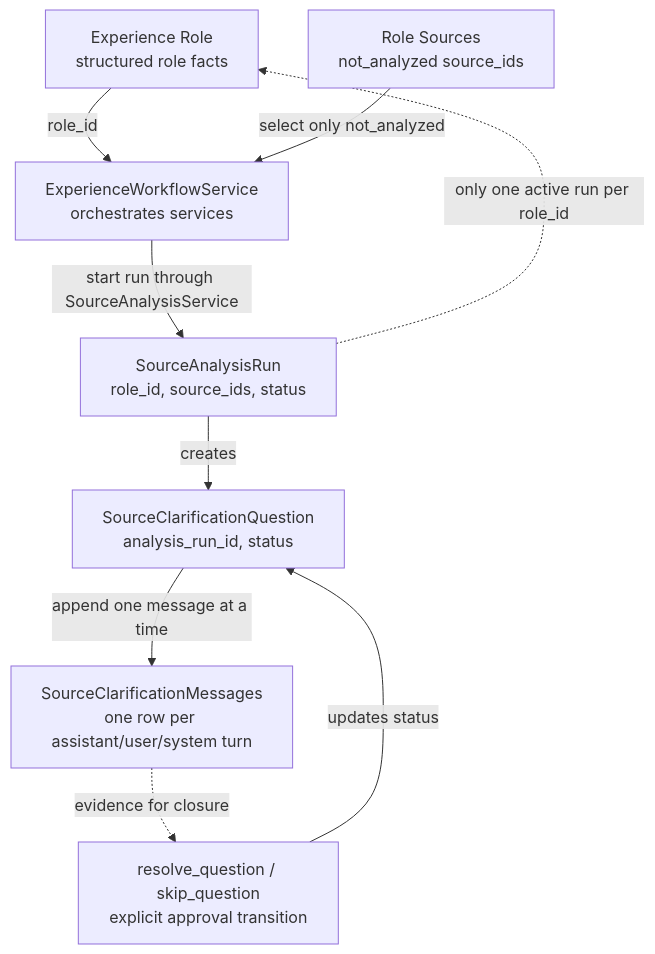
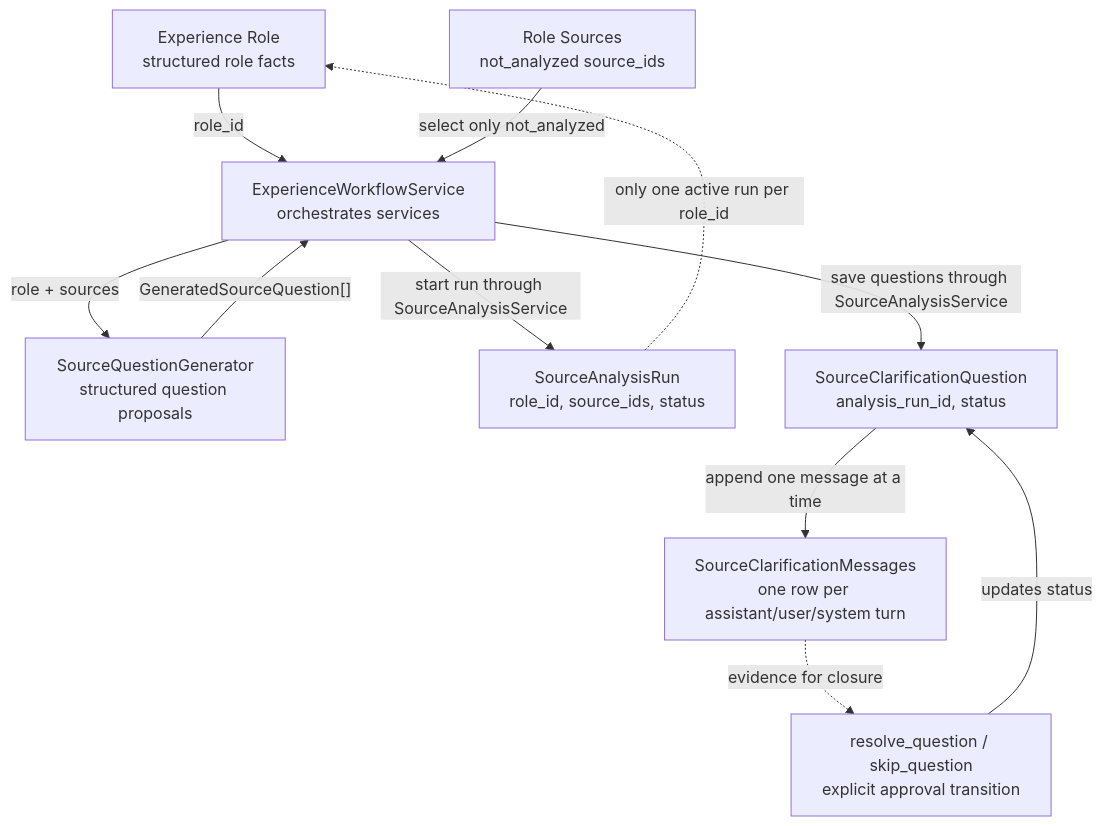
Before and after one commit to rsauers0/career-agent: the fourth of 6 diagrams in docs/diagrams.md, drawn with Mermaid. The commit also changed 9 other files, not shown here.

First line of the commit message:
Add source question generator boundary

````diff
--- a/docs/diagrams.md
+++ b/docs/diagrams.md
@@ -72,19 +72,22 @@
 ```mermaid
 flowchart TD
     Role["Experience Role<br/>structured role facts"]
     Sources["Role Sources<br/>not_analyzed source_ids"]
     Workflow["ExperienceWorkflowService<br/>orchestrates services"]
+    Generator["SourceQuestionGenerator<br/>structured question proposals"]
     Run["SourceAnalysisRun<br/>role_id, source_ids, status"]
     Question["SourceClarificationQuestion<br/>analysis_run_id, status"]
     Messages["SourceClarificationMessages<br/>one row per assistant/user/system turn"]
     Resolve["resolve_question / skip_question<br/>explicit approval transition"]
 
     Role -->|"role_id"| Workflow
     Sources -->|"select only not_analyzed"| Workflow
     Workflow -->|"start run through SourceAnalysisService"| Run
+    Workflow -->|"role + sources"| Generator
+    Generator -->|"GeneratedSourceQuestion[]"| Workflow
     Run -. "only one active run per role_id" .-> Role
-    Run -->|"creates"| Question
+    Workflow -->|"save questions through SourceAnalysisService"| Question
     Question -->|"append one message at a time"| Messages
     Messages -. "evidence for closure" .-> Resolve
     Resolve -->|"updates status"| Question
 ```
````
